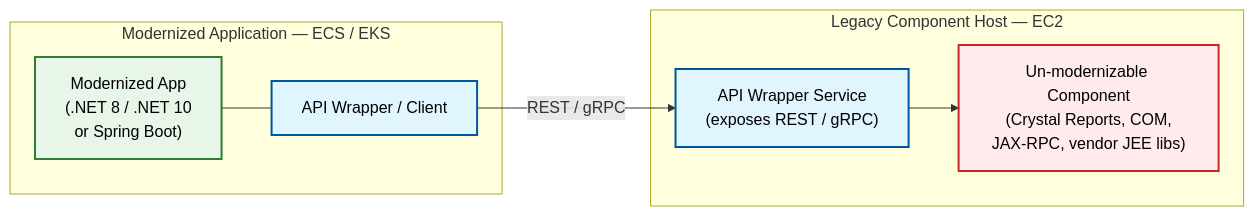
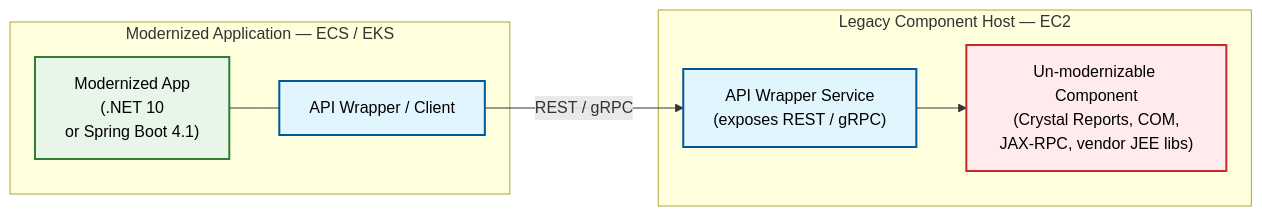
One commit to davidcslau/enterprise-modernization-analyzer changed the diagram in steering/evaluation-framework.md. Above: the diagram before and after it, drawn with Mermaid. The commit also changed other lines of this file and 5 other files, not shown here.

````diff
--- a/steering/evaluation-framework.md
+++ b/steering/evaluation-framework.md
@@ -427,24 +427,24 @@
 ```mermaid
 flowchart LR
     subgraph Modern["Modernized Application — ECS / EKS"]
-        App["Modernized App<br/>(.NET 8 / .NET 10<br/>or Spring Boot)"]
+        App["Modernized App<br/>(.NET 10<br/>or Spring Boot 4.1)"]
         Client["API Wrapper / Client"]
         App --- Client
     end
 
     subgraph LegacyHost["Legacy Component Host — EC2"]
         WrapperSvc["API Wrapper Service<br/>(exposes REST / gRPC)"]
         Component["Un-modernizable Component<br/>(Crystal Reports, COM,<br/>JAX-RPC, vendor JEE libs)"]
         WrapperSvc --> Component
     end
 
     Client -- "REST / gRPC" --> WrapperSvc
 
     classDef modern fill:#e8f5e9,stroke:#2e7d32,stroke-width:2px,color:#000;
     classDef legacy fill:#ffebee,stroke:#c62828,stroke-width:2px,color:#000;
     classDef boundary fill:#e1f5fe,stroke:#01579b,stroke-width:2px,color:#000;
 
     class App modern;
     class Client,WrapperSvc boundary;
     class Component legacy;
 ```
````
